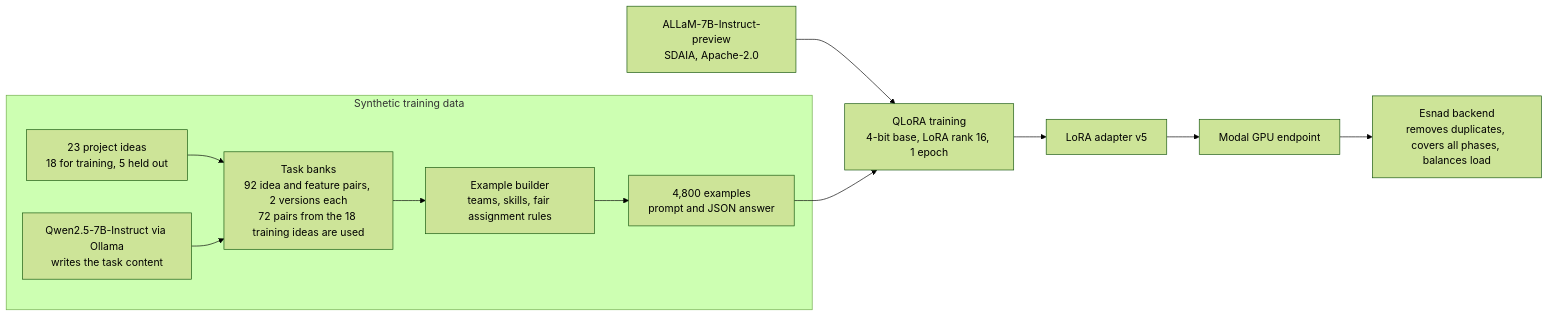
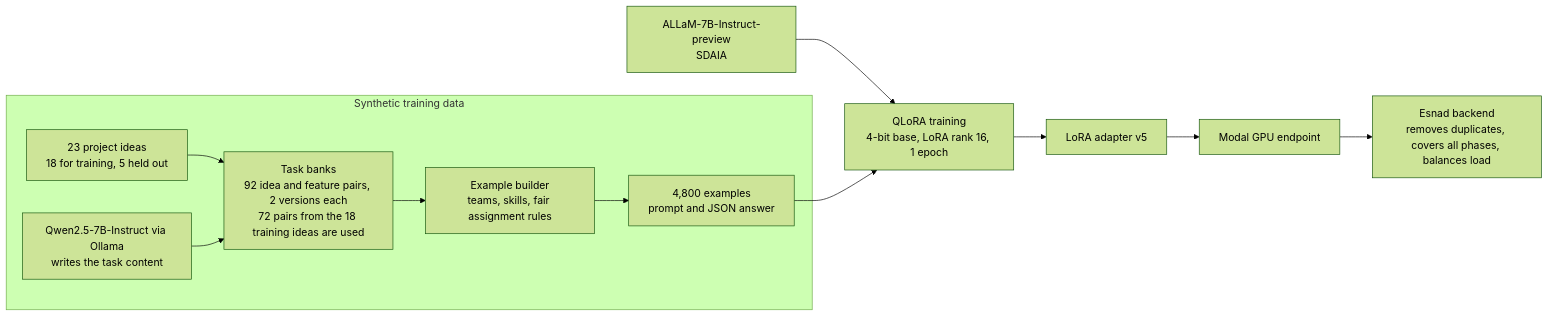
Before and after one commit to 67099/EsnadAI: the diagram in README.md, drawn with Mermaid (forest theme). The commit also changed other lines of this file, not shown here.

````diff
--- a/README.md
+++ b/README.md
@@ -30,14 +29,14 @@
 ```mermaid
 flowchart LR
-  A["ALLaM-7B-Instruct-preview<br/>SDAIA, Apache-2.0"] --> T
+  A["ALLaM-7B-Instruct-preview<br/>SDAIA"] --> T
   subgraph Data ["Synthetic training data"]
     I["23 project ideas<br/>18 for training, 5 held out"] --> B
     Q["Qwen2.5-7B-Instruct via Ollama<br/>writes the task content"] --> B["Task banks<br/>92 idea and feature pairs, 2 versions each<br/>72 pairs from the 18 training ideas are used"]
     B --> S["Example builder<br/>teams, skills, fair assignment rules"]
     S --> D["4,800 examples<br/>prompt and JSON answer"]
   end
   D --> T["QLoRA training<br/>4-bit base, LoRA rank 16, 1 epoch"]
   T --> L["LoRA adapter v5"]
   L --> M["Modal GPU endpoint"]
   M --> E["Esnad backend<br/>removes duplicates, covers all phases, balances load"]
 ```
````
